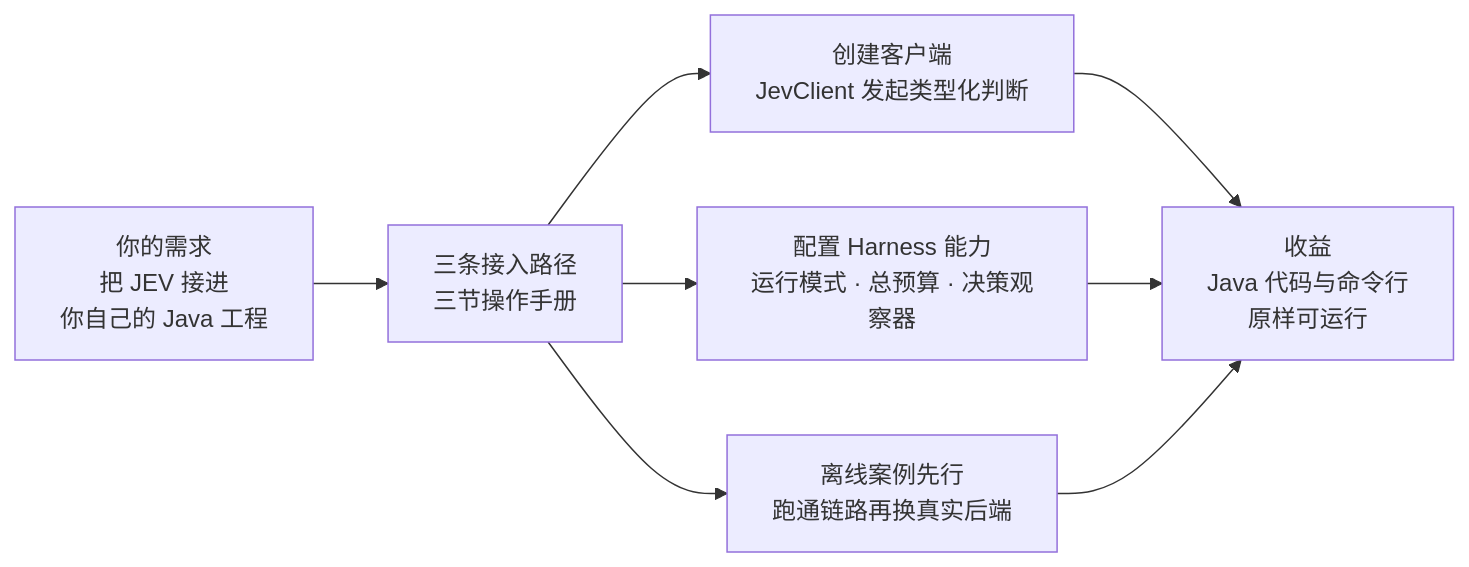
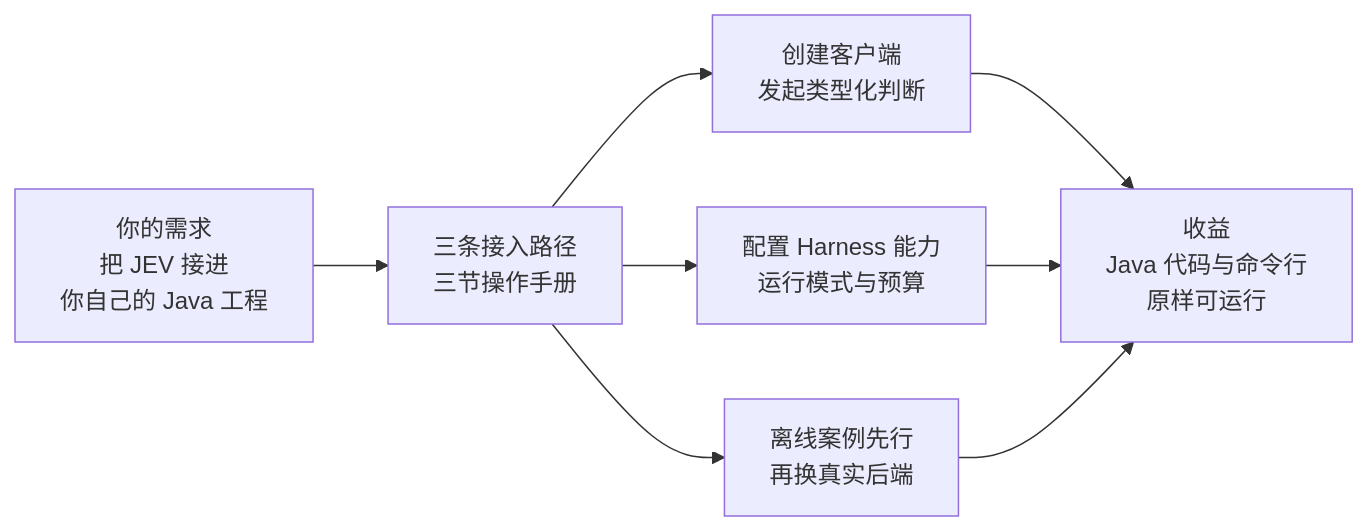
One commit to ybak/agentscope-2.0-tutorial changed the first of 2 diagrams in chapters/36-jev-integration.md. Above: the diagram before and after it, drawn with Mermaid. The commit also changed 2 other files, not shown here.

Commit message:
docs: 章首导览图·批次3终校：ch36/ch37/ch21 标签微调（fix r1）

````diff
--- a/chapters/36-jev-integration.md
+++ b/chapters/36-jev-integration.md
@@ -13,10 +13,10 @@
 ```mermaid
 flowchart LR
     A["你的需求<br/>把 JEV 接进<br/>你自己的 Java 工程"] --> B["三条接入路径<br/>三节操作手册"]
-    B --> C["创建客户端<br/>JevClient 发起类型化判断"]
-    B --> D["配置 Harness 能力<br/>运行模式 · 总预算 · 决策观察器"]
-    B --> E["离线案例先行<br/>跑通链路再换真实后端"]
+    B --> C["创建客户端<br/>发起类型化判断"]
+    B --> D["配置 Harness 能力<br/>运行模式与预算"]
+    B --> E["离线案例先行<br/>再换真实后端"]
     C --> F["收益<br/>Java 代码与命令行<br/>原样可运行"]
     D --> F
     E --> F
 ```
````
